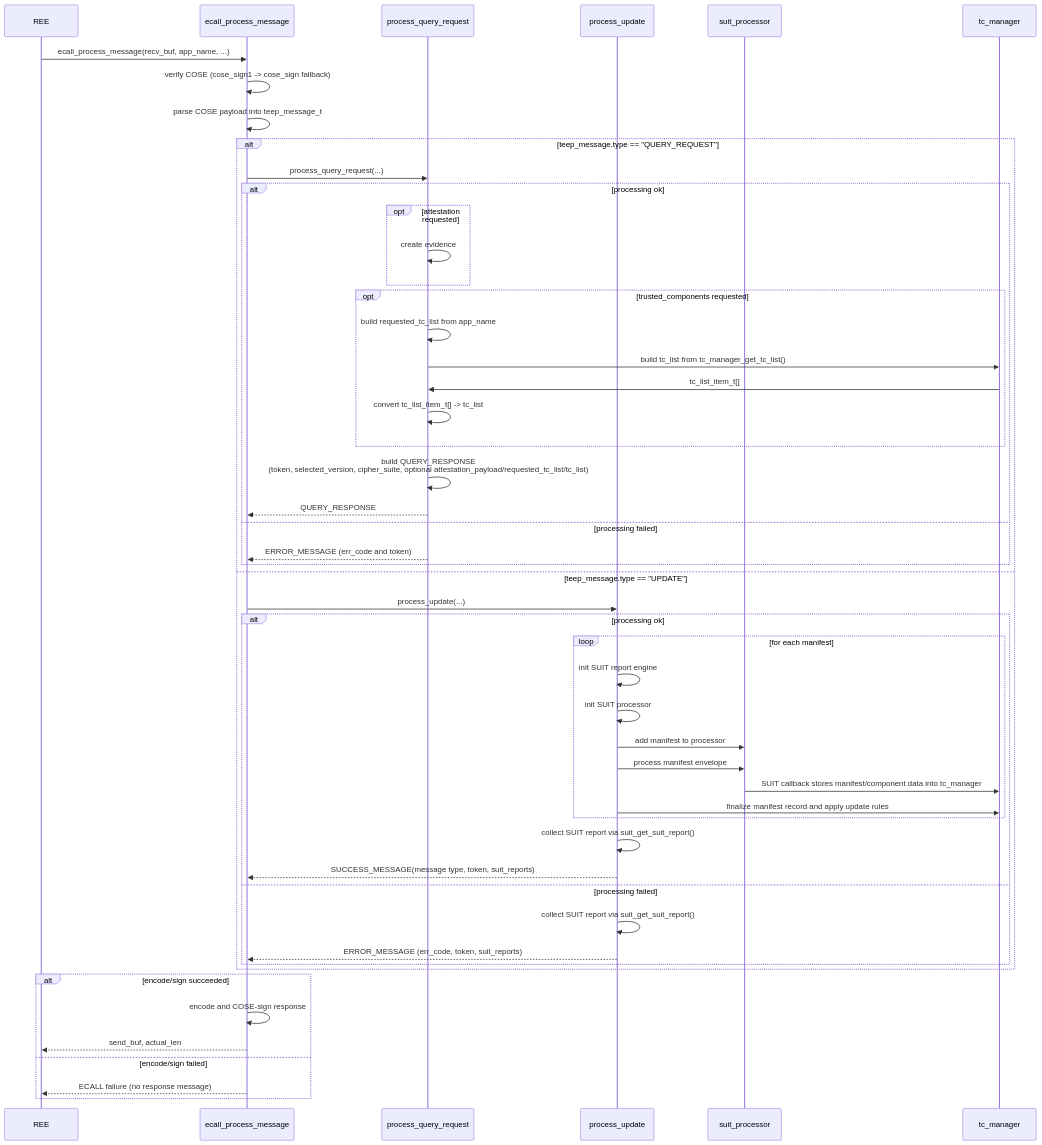
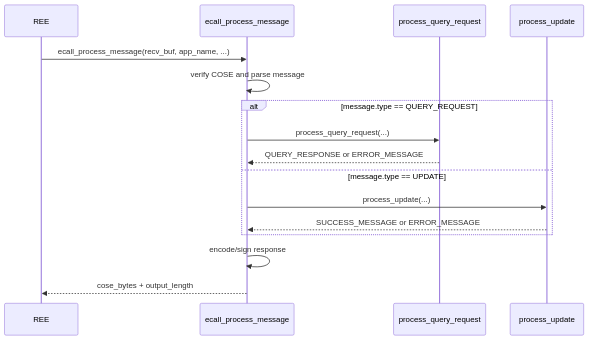
The diagram in doc/enclave-process-message.md (yuma-nishi/taws), drawn with Mermaid before and after one commit. The commit also changed other lines of this file and 18 other files, not shown here.

````diff
--- a/doc/enclave-process-message.md
+++ b/doc/enclave-process-message.md
@@ -47,56 +27,21 @@
 ```mermaid
 sequenceDiagram
     participant REE as REE
     participant EPM as ecall_process_message
     participant PQR as process_query_request
     participant PUP as process_update
-    participant SUIT as suit_processor
-    participant TCM as tc_manager
 
     REE->>EPM: ecall_process_message(recv_buf, app_name, ...)
-    EPM->>EPM: verify COSE (cose_sign1 -> cose_sign fallback)
-    EPM->>EPM: parse COSE payload into teep_message_t
+    EPM->>EPM: verify COSE and parse message
 
-    alt teep_message.type == "QUERY_REQUEST"
+    alt message.type == QUERY_REQUEST
         EPM->>PQR: process_query_request(...)
-        alt processing ok
-            opt attestation requested
-                PQR->>PQR: create evidence
-            end
-            opt trusted_components requested
-                PQR->>PQR: build requested_tc_list from app_name
-                PQR->>TCM: build tc_list from tc_manager_get_tc_list()
-                TCM->>PQR: tc_list_item_t[]
-                PQR->>PQR: convert tc_list_item_t[] -> tc_list
-            end
-            PQR->>PQR: build QUERY_RESPONSE<br/>(token, selected_version, cipher_suite, optional attestation_payload/requested_tc_list/tc_list)
-            PQR-->>EPM: QUERY_RESPONSE
-        else processing failed
-            PQR-->>EPM: ERROR_MESSAGE (err_code and token)
-        end
-    else teep_message.type == "UPDATE"
+        PQR-->>EPM: QUERY_RESPONSE or ERROR_MESSAGE
+    else message.type == UPDATE
         EPM->>PUP: process_update(...)
-        alt processing ok
-            loop for each manifest
-                PUP->>PUP: init SUIT report engine
-                PUP->>PUP: init SUIT processor
-                PUP->>SUIT: add manifest to processor
-                PUP->>SUIT: process manifest envelope
-                SUIT->>TCM: SUIT callback stores manifest/component data into tc_manager
-                PUP->>TCM: finalize manifest record and apply update rules
-            end
-            PUP->>PUP: collect SUIT report via suit_get_suit_report()
-            PUP-->>EPM: SUCCESS_MESSAGE(message type, token, suit_reports)
-        else processing failed
-            PUP->>PUP: collect SUIT report via suit_get_suit_report()
-            PUP-->>EPM: ERROR_MESSAGE (err_code, token, suit_reports)
-        end
+        PUP-->>EPM: SUCCESS_MESSAGE or ERROR_MESSAGE
     end
 
-    alt encode/sign succeeded
-        EPM->>EPM: encode and COSE-sign response
-        EPM-->>REE: send_buf, actual_len
-    else encode/sign failed
-        EPM-->>REE: ECALL failure (no response message)
-    end
+    EPM->>EPM: encode/sign response
+    EPM-->>REE: cose_bytes + output_length
 ```
````
